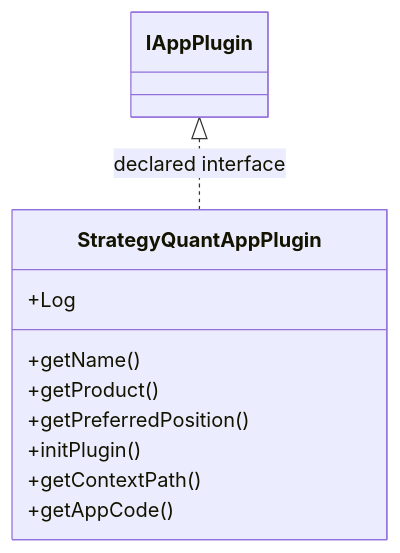
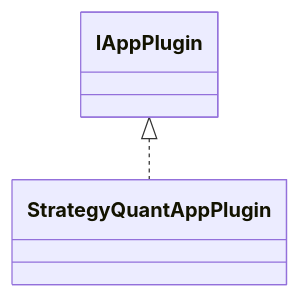
One commit to haruperi/HaruQuantAI changed the diagram in docs/sqx/ProductShells/AppStrategyQuant.md. Above: the diagram before and after it, drawn with Mermaid. The commit also changed other lines of this file and 1688 other files, not shown here.

````diff
--- a/docs/sqx/ProductShells/AppStrategyQuant.md
+++ b/docs/sqx/ProductShells/AppStrategyQuant.md
@@ -30,14 +26,6 @@
 ```mermaid
 classDiagram
-    class C97dc7cf94dda["StrategyQuantAppPlugin"] {
-        +Log
-        +getName()
-        +getProduct()
-        +getPreferredPosition()
-        +initPlugin()
-        +getContextPath()
-        +getAppCode()
-    }
-    class C71ae2af47347["IAppPlugin"]
-    C71ae2af47347 <|.. C97dc7cf94dda : declared interface
+    class C0["StrategyQuantAppPlugin"]
+    class E0["IAppPlugin"]
+    E0 <|.. C0
 ```
````
